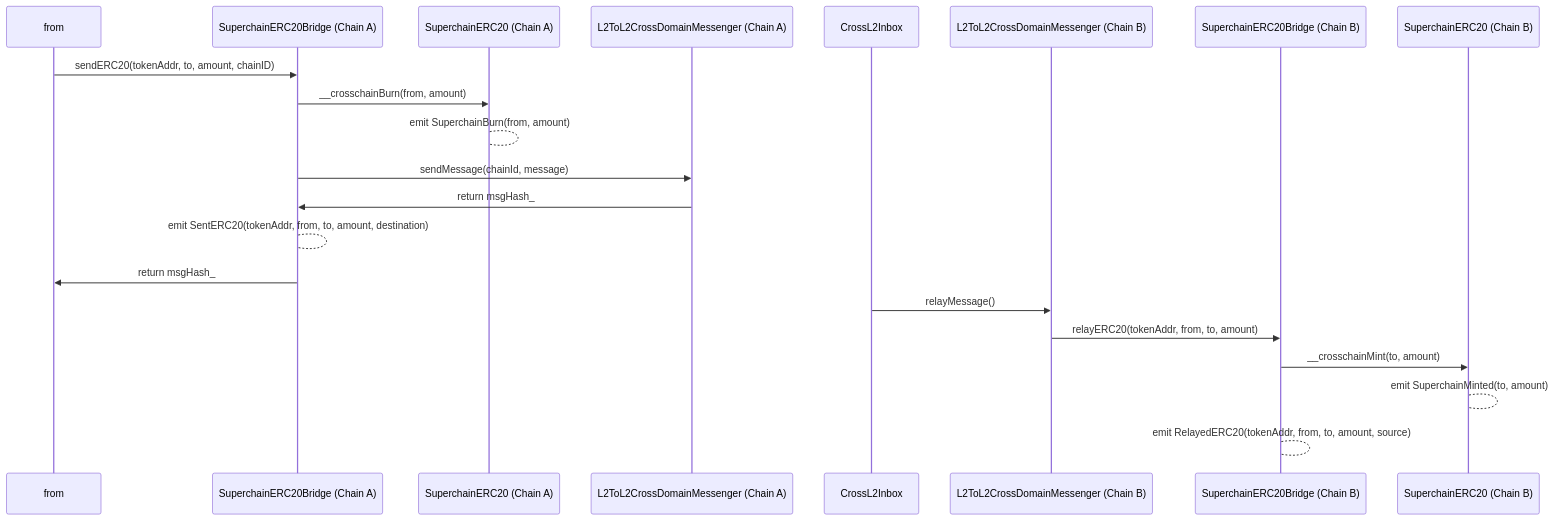
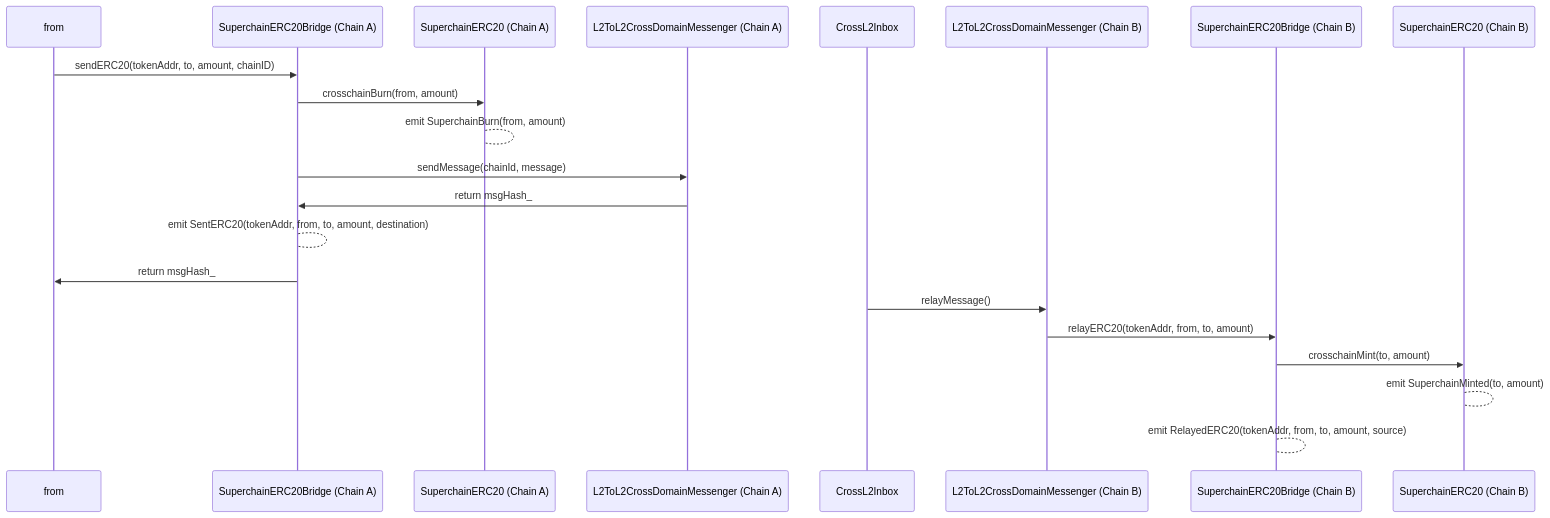
One commit to ethereum-optimism/specs changed the fourth of 4 diagrams in specs/interop/predeploys.md. Above: the diagram before and after it, drawn with Mermaid. The commit also changed other lines of this file and 1 other file, not shown here.

Commit message:
chore: remove prefix from superchainerc20 crosschain functions

````diff
--- a/specs/interop/predeploys.md
+++ b/specs/interop/predeploys.md
@@ -940,24 +940,24 @@
 ```mermaid
 sequenceDiagram
   participant from
   participant L2SBA as SuperchainERC20Bridge (Chain A)
   participant SuperERC20_A as SuperchainERC20 (Chain A)
   participant Messenger_A as L2ToL2CrossDomainMessenger (Chain A)
   participant Inbox as CrossL2Inbox
   participant Messenger_B as L2ToL2CrossDomainMessenger (Chain B)
   participant L2SBB as SuperchainERC20Bridge (Chain B)
   participant SuperERC20_B as SuperchainERC20 (Chain B)
 
   from->>L2SBA: sendERC20(tokenAddr, to, amount, chainID)
-  L2SBA->>SuperERC20_A: __crosschainBurn(from, amount)
+  L2SBA->>SuperERC20_A: crosschainBurn(from, amount)
   SuperERC20_A-->SuperERC20_A: emit SuperchainBurn(from, amount)
   L2SBA->>Messenger_A: sendMessage(chainId, message)
   Messenger_A->>L2SBA: return msgHash_ 
   L2SBA-->L2SBA: emit SentERC20(tokenAddr, from, to, amount, destination)
   L2SBA->>from: return msgHash_ 
   Inbox->>Messenger_B: relayMessage()
   Messenger_B->>L2SBB: relayERC20(tokenAddr, from, to, amount)
-  L2SBB->>SuperERC20_B: __crosschainMint(to, amount)
+  L2SBB->>SuperERC20_B: crosschainMint(to, amount)
   SuperERC20_B-->SuperERC20_B: emit SuperchainMinted(to, amount)
   L2SBB-->L2SBB: emit RelayedERC20(tokenAddr, from, to, amount, source)
 ```
````
